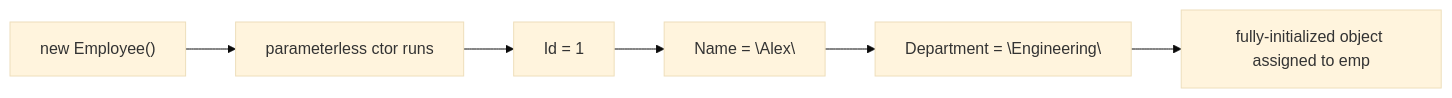
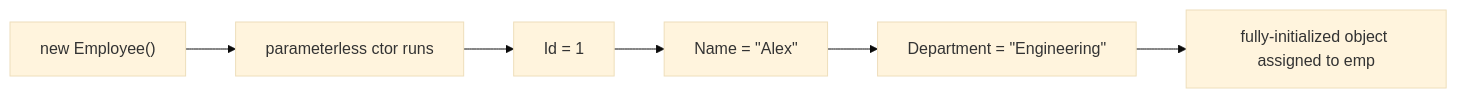
The ninth of 37 diagrams in 02-OOP-Fundamentals/README.md (tushardongre1990/Claude-DotNet), drawn with Mermaid (base theme) before and after one commit. The commit also changed other lines of this file and 1 other file, not shown here.

````diff
--- a/02-OOP-Fundamentals/README.md
+++ b/02-OOP-Fundamentals/README.md
@@ -400,8 +447,8 @@
 ```mermaid
 flowchart LR
     A["new Employee()"] --> B["parameterless ctor runs"]
     B --> C["Id = 1"]
-    C --> D["Name = \"Alex\""]
-    D --> E["Department = \"Engineering\""]
+    C --> D["Name = #quot;Alex#quot;"]
+    D --> E["Department = #quot;Engineering#quot;"]
     E --> F["fully-initialized object assigned to emp"]
 ```
````
